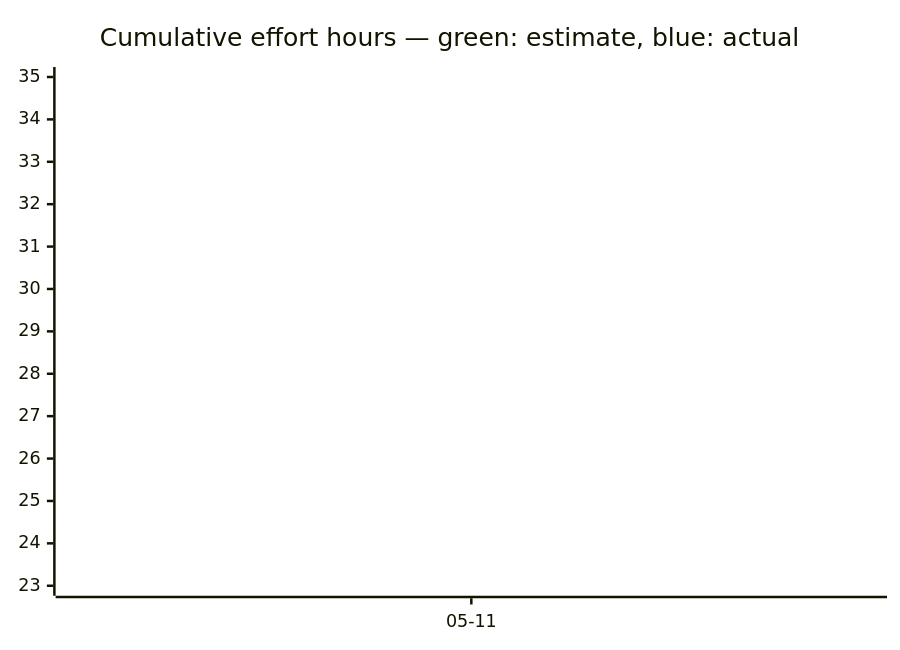
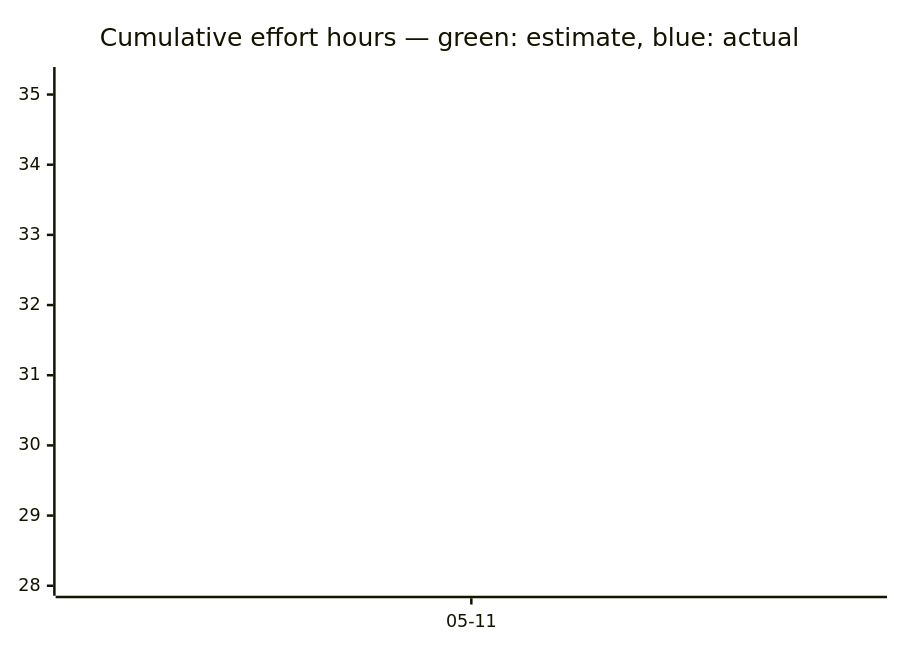
One commit to tgd1975/AwesomeGuitarPedal changed the third of 3 diagrams in docs/developers/tasks/OVERVIEW.md. Above: the diagram before and after it, drawn with Mermaid. The commit also changed other lines of this file and 5 other files, not shown here.

````diff
--- a/docs/developers/tasks/OVERVIEW.md
+++ b/docs/developers/tasks/OVERVIEW.md
@@ -40,7 +40,7 @@
 ```mermaid
 xychart-beta
     title "Cumulative effort hours — green: estimate, blue: actual"
     x-axis ["05-11"]
-    line [23]
-    line [35]
+    line [28]
+    line [35.25]
 ```
````
